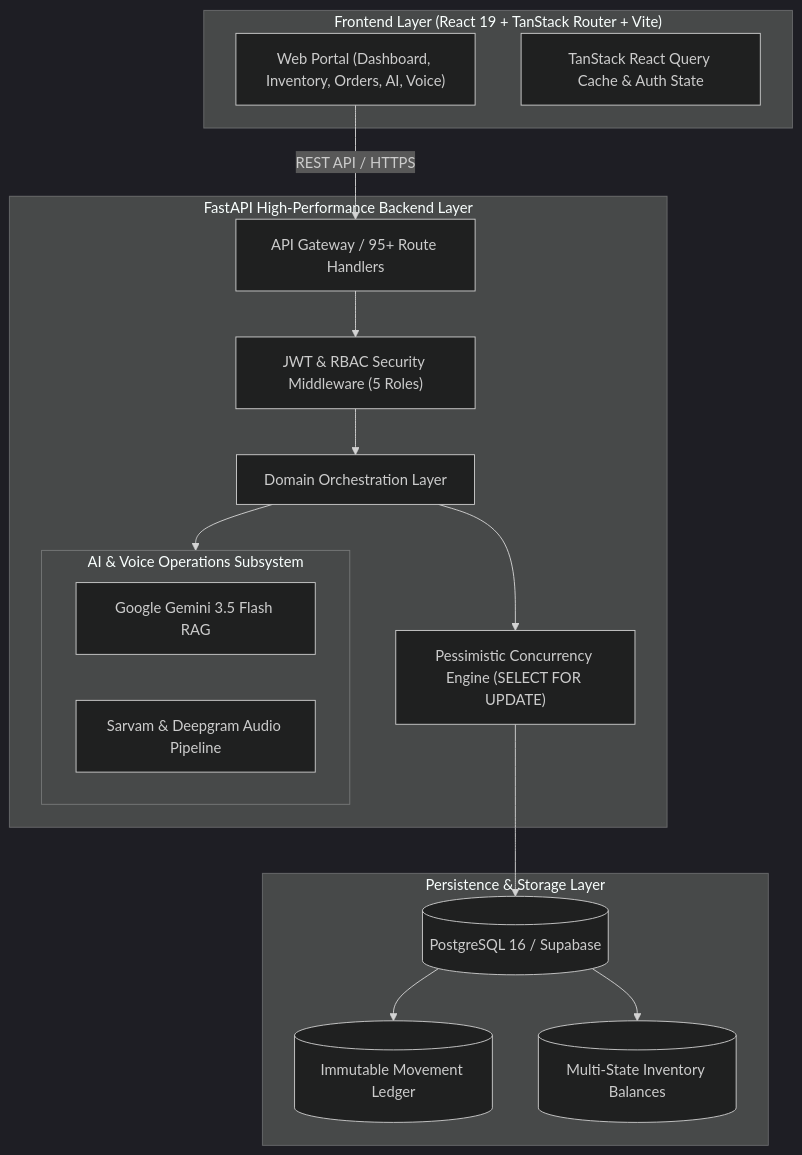
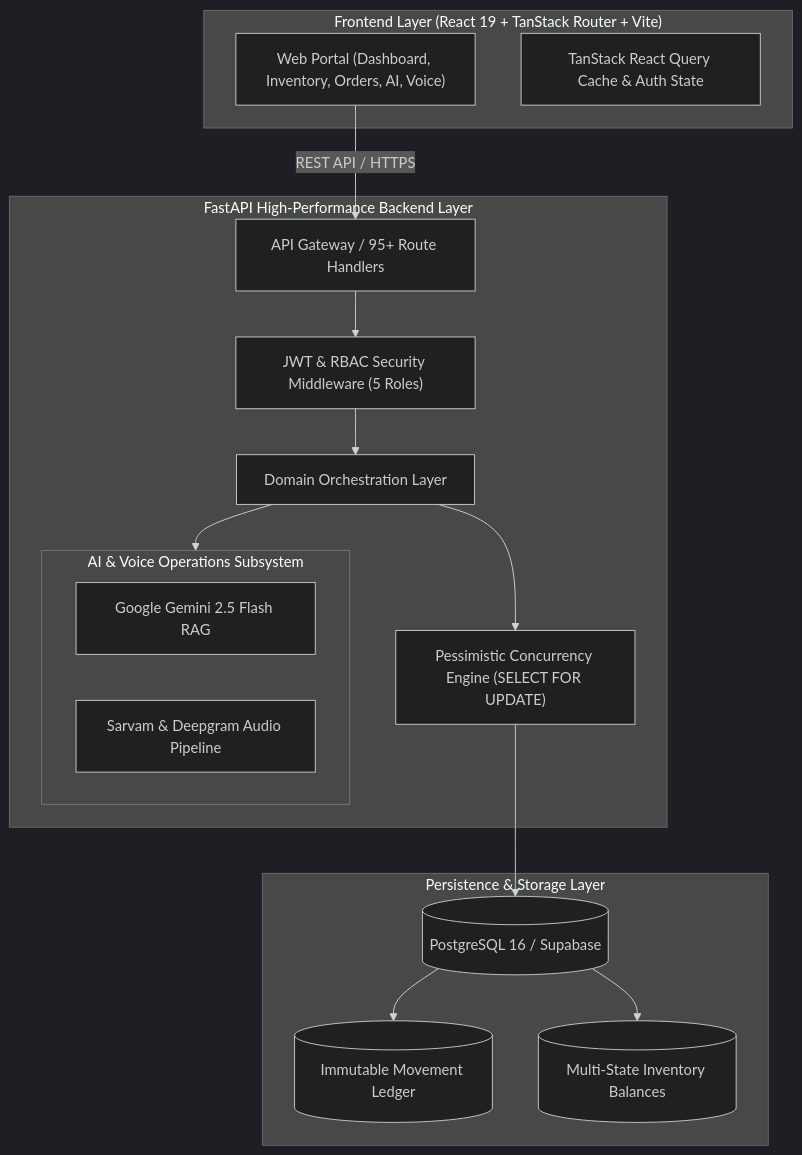
Before and after one commit to 25sarvesh2005/WAREHOUSE-MANAGEMENT-SYSTEM: the diagram in README.md, drawn with Mermaid (dark theme). The commit also changed other lines of this file and 4 other files, not shown here.

Commit message:
config: set Google GenAI model designation to gemini-2.5-flash

````diff
--- a/README.md
+++ b/README.md
@@ -66,34 +66,34 @@
 ```mermaid
 flowchart TB
     subgraph Client["Frontend Layer (React 19 + TanStack Router + Vite)"]
         UI["Web Portal (Dashboard, Inventory, Orders, AI, Voice)"]
         State["TanStack React Query Cache & Auth State"]
     end
 
     subgraph Backend["FastAPI High-Performance Backend Layer"]
         Router["API Gateway / 95+ Route Handlers"]
         Auth["JWT & RBAC Security Middleware (5 Roles)"]
         Controller["Domain Orchestration Layer"]
         Locking["Pessimistic Concurrency Engine (SELECT FOR UPDATE)"]
         
         subgraph AIService["AI & Voice Operations Subsystem"]
-            Gemini["Google Gemini 3.5 Flash RAG"]
+            Gemini["Google Gemini 2.5 Flash RAG"]
             Voice["Sarvam & Deepgram Audio Pipeline"]
         end
     end
 
     subgraph Data["Persistence & Storage Layer"]
         Postgres[(PostgreSQL 16 / Supabase)]
         Ledger[("Immutable Movement Ledger")]
         Balances[("Multi-State Inventory Balances")]
     end
 
     UI -->|REST API / HTTPS| Router
     Router --> Auth
     Auth --> Controller
     Controller --> Locking
     Controller --> AIService
     Locking --> Postgres
     Postgres --> Ledger
     Postgres --> Balances
 ```
````
